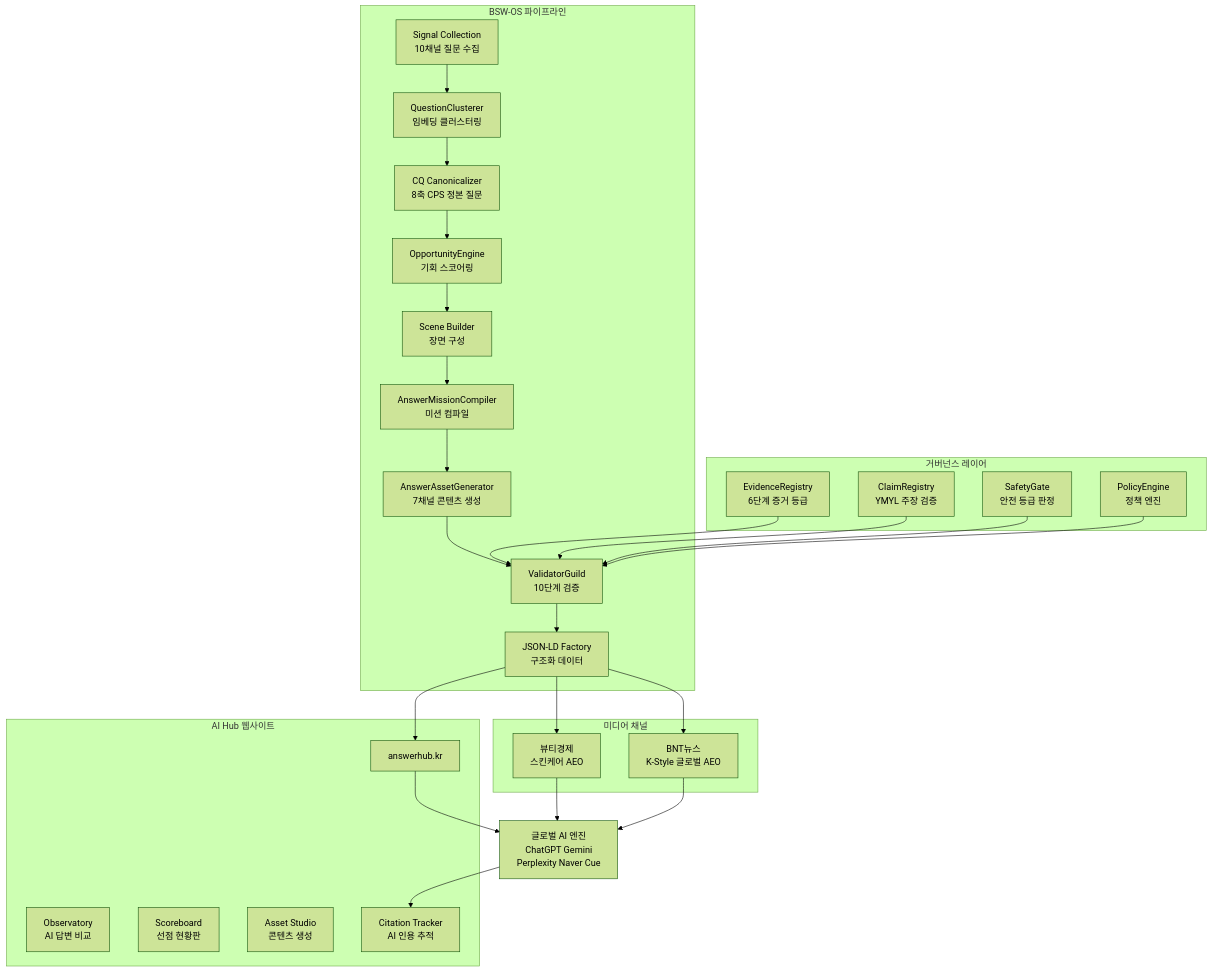
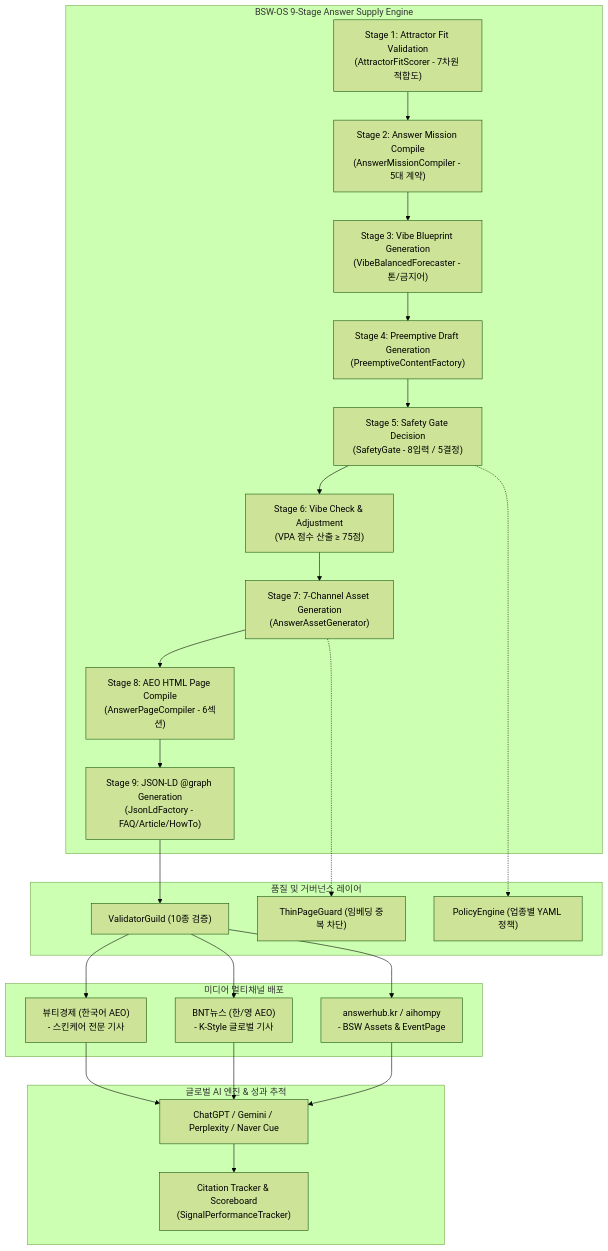
The diagram in docs/BSW_AI_MEDIA_SERVICE_PROJECT_PLAN.md (kboom8002/bsw-os), drawn with Mermaid (forest theme) before and after one commit. The commit also changed other lines of this file, not shown here.

Commit message:
docs: Enhance BSW AI Media Service Project Plan with system audit, 9-stage pipeline, and 4 immediate tasks

````diff
--- a/docs/BSW_AI_MEDIA_SERVICE_PROJECT_PLAN.md
+++ b/docs/BSW_AI_MEDIA_SERVICE_PROJECT_PLAN.md
@@ -54,46 +59,46 @@
 ```mermaid
 flowchart TB
-    subgraph "BSW-OS 파이프라인"
-        SC["Signal Collection\n10채널 질문 수집"] --> QC["QuestionClusterer\n임베딩 클러스터링"]
-        QC --> CQ["CQ Canonicalizer\n8축 CPS 정본 질문"]
-        CQ --> OE["OpportunityEngine\n기회 스코어링"]
-        OE --> SB["Scene Builder\n장면 구성"]
-        SB --> AMC["AnswerMissionCompiler\n미션 컴파일"]
-        AMC --> AAG["AnswerAssetGenerator\n7채널 콘텐츠 생성"]
-        AAG --> VG["ValidatorGuild\n10단계 검증"]
-        VG --> JLD["JSON-LD Factory\n구조화 데이터"]
+    subgraph "BSW-OS 9-Stage Answer Supply Engine"
+        S1["Stage 1: Attractor Fit Validation\n(AttractorFitScorer - 7차원 적합도)"]
+        S2["Stage 2: Answer Mission Compile\n(AnswerMissionCompiler - 5대 계약)"]
+        S3["Stage 3: Vibe Blueprint Generation\n(VibeBalancedForecaster - 톤/금지어)"]
+        S4["Stage 4: Preemptive Draft Generation\n(PreemptiveContentFactory)"]
+        S5["Stage 5: Safety Gate Decision\n(SafetyGate - 8입력 / 5결정)"]
+        S6["Stage 6: Vibe Check & Adjustment\n(VPA 점수 산출 ≥ 75점)"]
+        S7["Stage 7: 7-Channel Asset Generation\n(AnswerAssetGenerator)"]
+        S8["Stage 8: AEO HTML Page Compile\n(AnswerPageCompiler - 6섹션)"]
+        S9["Stage 9: JSON-LD @graph Generation\n(JsonLdFactory - FAQ/Article/HowTo)"]
+
+        S1 --> S2 --> S3 --> S4 --> S5 --> S6 --> S7 --> S8 --> S9
     end
 
-    subgraph "거버넌스 레이어"
-        ER["EvidenceRegistry\n6단계 증거 등급"]
-        CR["ClaimRegistry\nYMYL 주장 검증"]
-        SG["SafetyGate\n안전 등급 판정"]
-        PE["PolicyEngine\n정책 엔진"]
+    subgraph "품질 및 거버넌스 레이어"
+        VG["ValidatorGuild (10종 검증)"]
+        TPG["ThinPageGuard (임베딩 중복 차단)"]
+        PE["PolicyEngine (업종별 YAML 정책)"]
     end
 
-    ER --> VG
-    CR --> VG
-    SG --> VG
-    PE --> VG
+    S5 -.-> PE
+    S7 -.-> TPG
+    S9 --> VG
 
-    subgraph "미디어 채널"
-        BE["뷰티경제\n스킨케어 AEO"]
-        BNT["BNT뉴스\nK-Style 글로벌 AEO"]
+    subgraph "미디어 멀티채널 배포"
+        BE["뷰티경제 (한국어 AEO)\n- 스킨케어 전문 기사"]
+        BNT["BNT뉴스 (한/영 AEO)\n- K-Style 글로벌 기사"]
+        HUB["answerhub.kr / aihompy\n- BSW Assets & EventPage"]
     end
 
-    subgraph "AI Hub 웹사이트"
-        HUB["answerhub.kr"]
-        OBS["Observatory\nAI 답변 비교"]
-        SCB["Scoreboard\n선점 현황판"]
-        STD["Asset Studio\n콘텐츠 생성"]
-        TRK["Citation Tracker\nAI 인용 추적"]
+    VG --> BE
+    VG --> BNT
+    VG --> HUB
+
+    subgraph "글로벌 AI 엔진 & 성과 추적"
+        AI["ChatGPT / Gemini / Perplexity / Naver Cue"]
+        TRK["Citation Tracker & Scoreboard\n(SignalPerformanceTracker)"]
     end
 
-    JLD --> BE
-    JLD --> BNT
-    JLD --> HUB
-    BE --> AI["글로벌 AI 엔진\nChatGPT Gemini\nPerplexity Naver Cue"]
+    BE --> AI
     BNT --> AI
     HUB --> AI
     AI --> TRK
 ```
````
